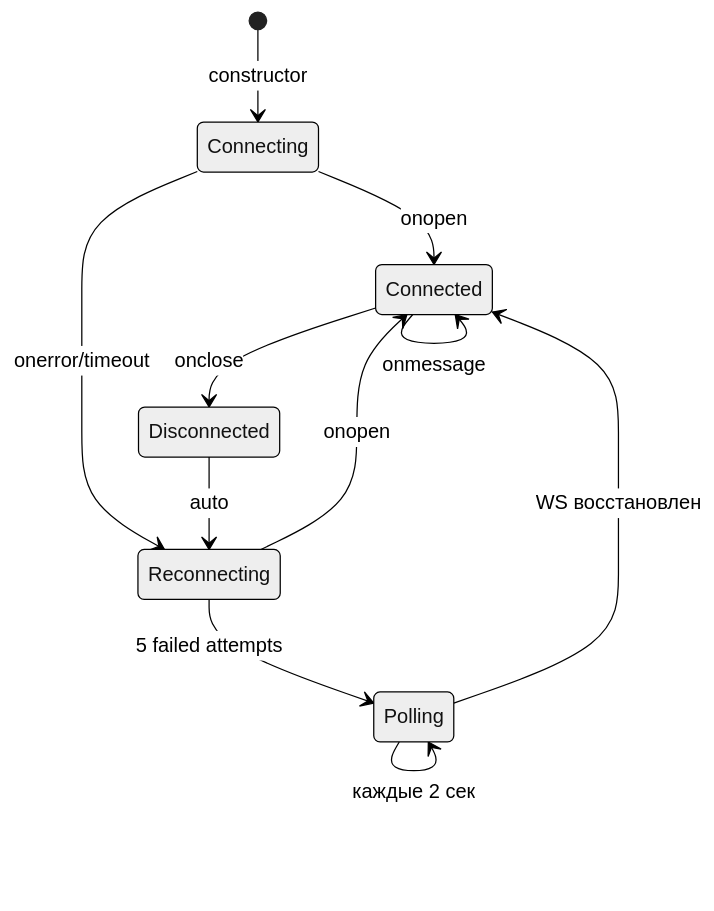
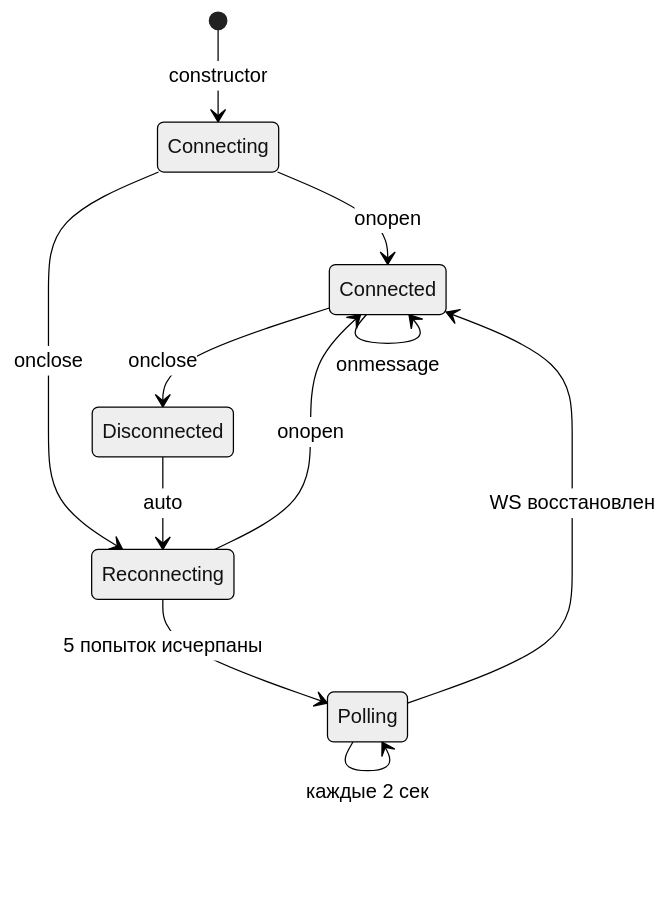
Before and after one commit to Kirill2517nv/SiteAboutMe: the third of 3 diagrams in docs/frontend/websocket.md, drawn with Mermaid (neutral theme). The commit also changed other lines of this file and 40 other files, not shown here.

````diff
--- a/docs/frontend/websocket.md
+++ b/docs/frontend/websocket.md
@@ -91,16 +93,16 @@
 ```mermaid
 stateDiagram-v2
     [*] --> Connecting: constructor
     Connecting --> Connected: onopen
-    Connecting --> Reconnecting: onerror/timeout
+    Connecting --> Reconnecting: onclose
 
     Connected --> Disconnected: onclose
     Connected --> Connected: onmessage
 
     Disconnected --> Reconnecting: auto
     Reconnecting --> Connected: onopen
-    Reconnecting --> Polling: 5 failed attempts
+    Reconnecting --> Polling: 5 попыток исчерпаны
 
     Polling --> Connected: WS восстановлен
     Polling --> Polling: каждые 2 сек
 ```
````
